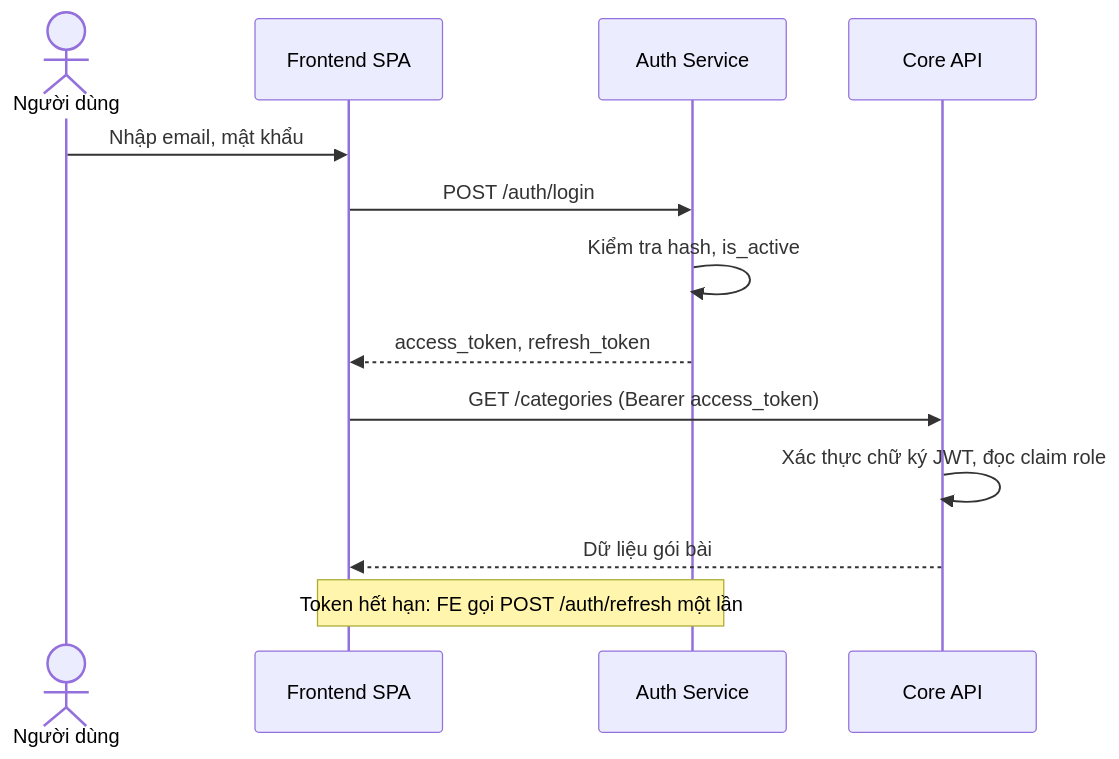
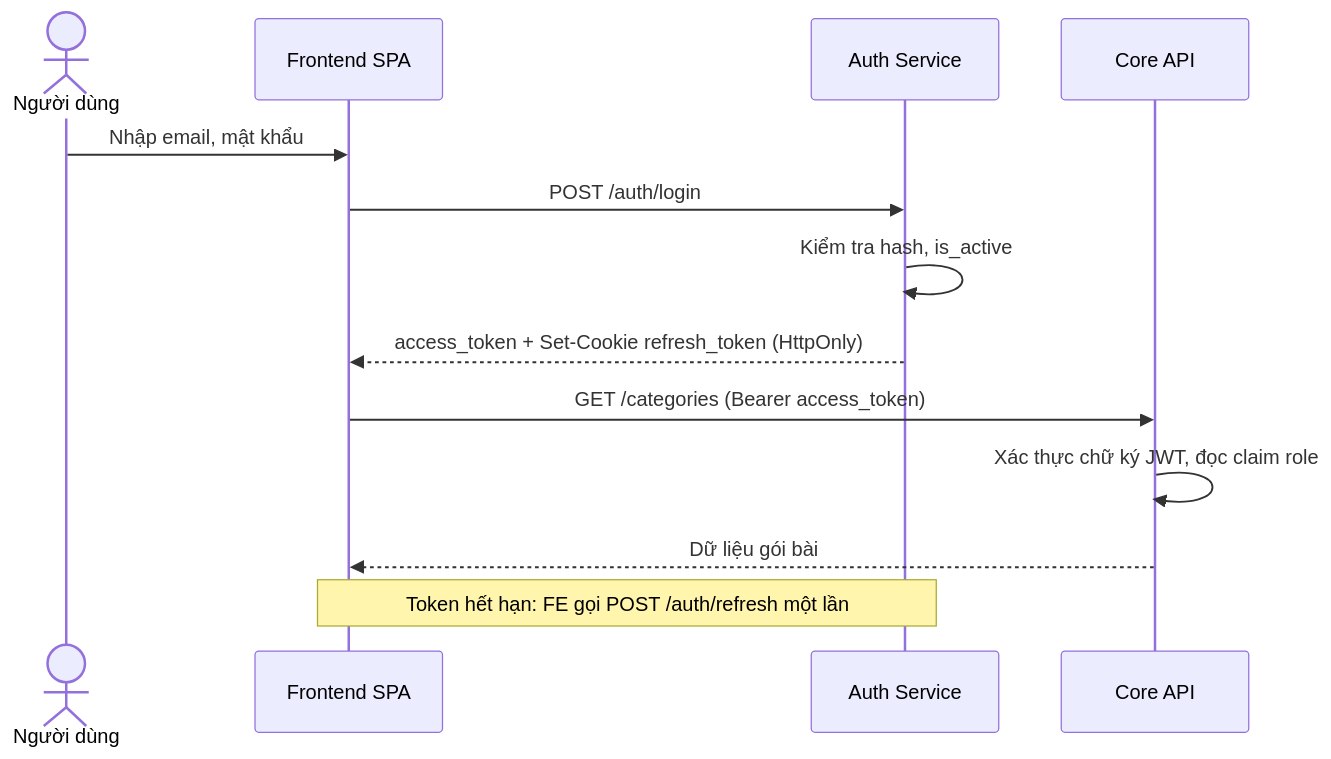
Before and after one commit to code-automatic/srs: the third of 8 diagrams in 01_SRS_Coding_Judge_Platform.md, drawn with Mermaid. The commit also changed other lines of this file and 3 other files, not shown here.

````diff
--- a/01_SRS_Coding_Judge_Platform.md
+++ b/01_SRS_Coding_Judge_Platform.md
@@ -1010,15 +1011,15 @@
 ```mermaid
 sequenceDiagram
     actor U as Người dùng
     participant FE as Frontend SPA
     participant AU as Auth Service
     participant CO as Core API
     U->>FE: Nhập email, mật khẩu
     FE->>AU: POST /auth/login
     AU->>AU: Kiểm tra hash, is_active
-    AU-->>FE: access_token, refresh_token
+    AU-->>FE: access_token + Set-Cookie refresh_token (HttpOnly)
     FE->>CO: GET /categories (Bearer access_token)
     CO->>CO: Xác thực chữ ký JWT, đọc claim role
     CO-->>FE: Dữ liệu gói bài
     Note over FE,AU: Token hết hạn: FE gọi POST /auth/refresh một lần
 ```
````
